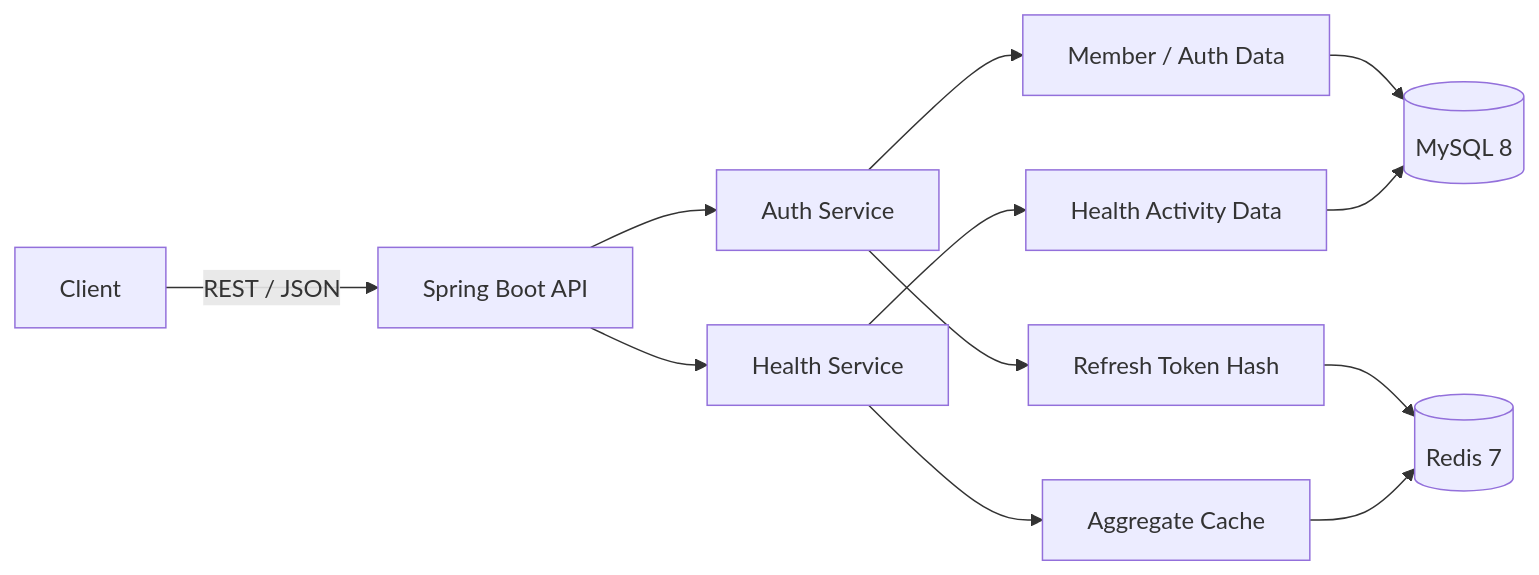
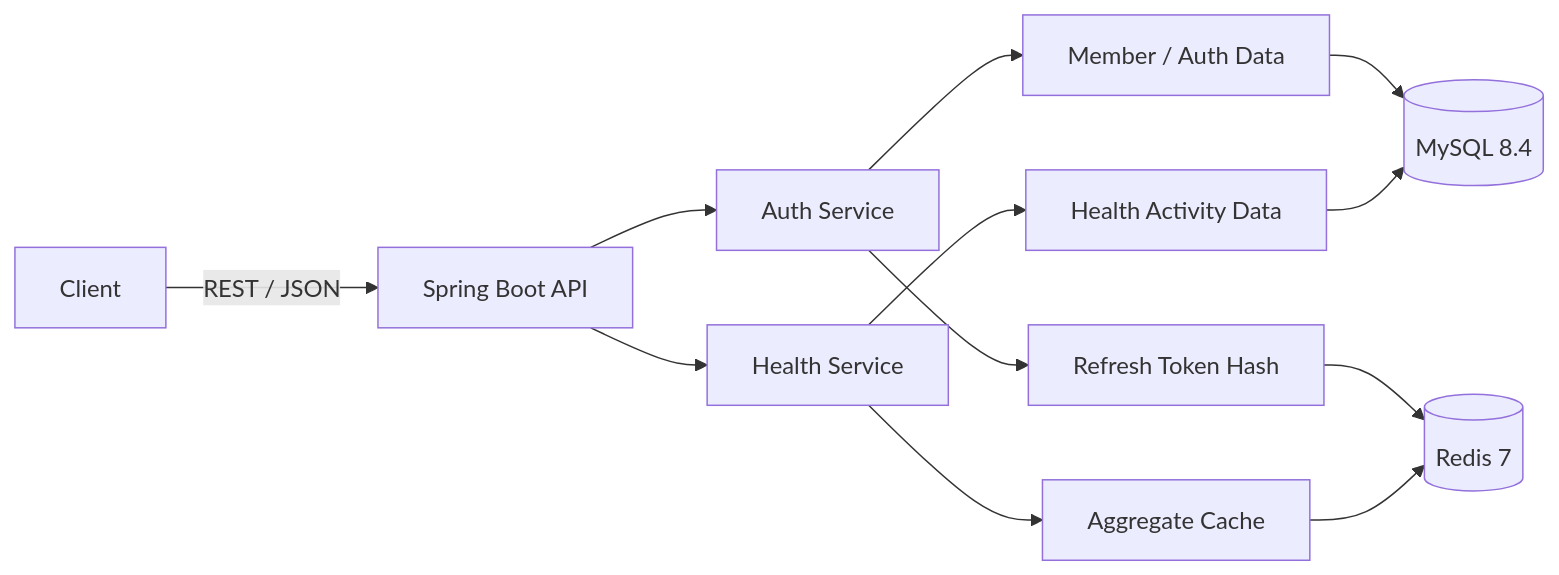
The diagram in docs/설계/개발_계획.md (dongkeonkim/okcare-health-backend), drawn with Mermaid before and after one commit. The commit also changed other lines of this file and 14 other files, not shown here.

````diff
--- a/docs/설계/개발_계획.md
+++ b/docs/설계/개발_계획.md
@@ -55,14 +46,14 @@
 ```mermaid
 flowchart LR
     Client[Client] -->|REST / JSON| App[Spring Boot API]
     App --> Auth[Auth Service]
     App --> Health[Health Service]
     Auth --> MemberData[Member / Auth Data]
     Health --> ActivityData[Health Activity Data]
-    MemberData --> MySQL[(MySQL 8)]
+    MemberData --> MySQL[(MySQL 8.4)]
     ActivityData --> MySQL
     Auth --> RefreshToken[Refresh Token Hash]
     Health --> AggregateCache[Aggregate Cache]
     RefreshToken --> Redis[(Redis 7)]
     AggregateCache --> Redis
 ```
````
